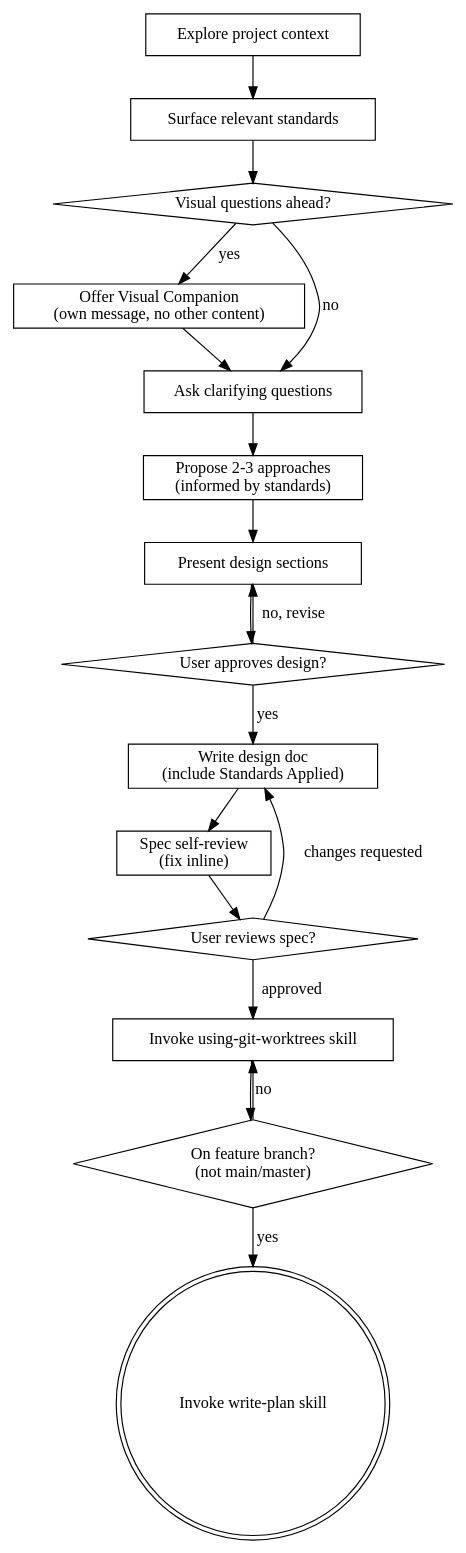
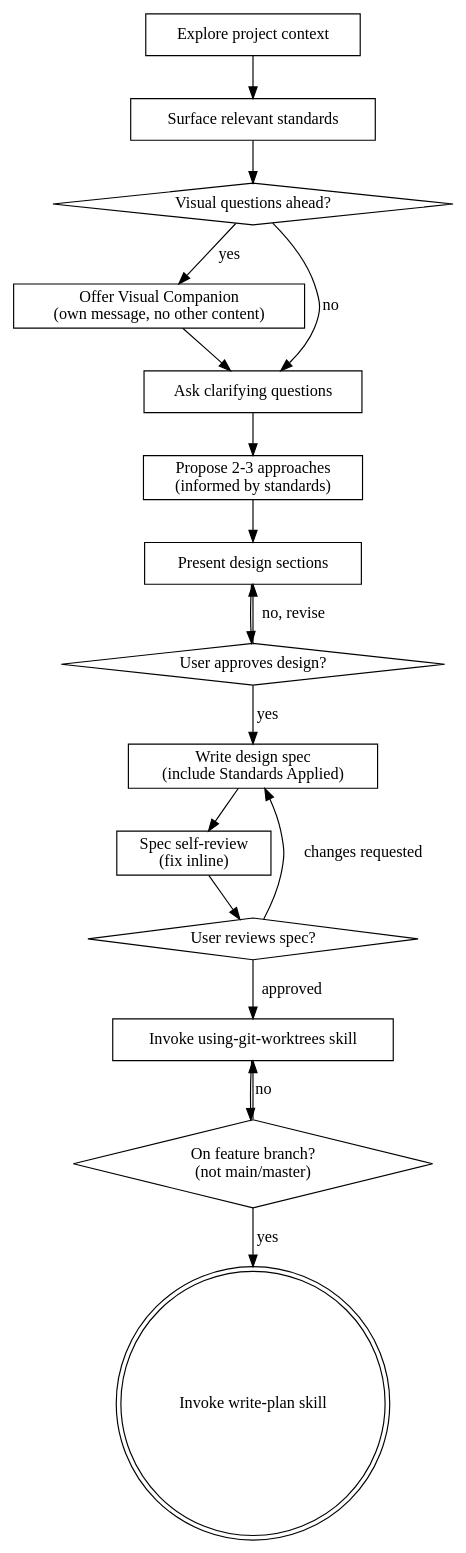
The diagram in skills/design-spec/SKILL.md (NyssaAI/product-planning), drawn with Graphviz before and after one commit. The commit also changed other lines of this file and 43 other files, not shown here.

````diff
--- a/skills/design-spec/SKILL.md
+++ b/skills/design-spec/SKILL.md
@@ -78,36 +78,36 @@
 ```dot
 digraph design_spec {
     "Explore project context" [shape=box];
     "Surface relevant standards" [shape=box];
     "Visual questions ahead?" [shape=diamond];
     "Offer Visual Companion\n(own message, no other content)" [shape=box];
     "Ask clarifying questions" [shape=box];
     "Propose 2-3 approaches\n(informed by standards)" [shape=box];
     "Present design sections" [shape=box];
     "User approves design?" [shape=diamond];
-    "Write design doc\n(include Standards Applied)" [shape=box];
+    "Write design spec\n(include Standards Applied)" [shape=box];
     "Spec self-review\n(fix inline)" [shape=box];
     "User reviews spec?" [shape=diamond];
     "Invoke using-git-worktrees skill" [shape=box];
     "On feature branch?\n(not main/master)" [shape=diamond];
     "Invoke write-plan skill" [shape=doublecircle];
 
     "Explore project context" -> "Surface relevant standards";
     "Surface relevant standards" -> "Visual questions ahead?";
     "Visual questions ahead?" -> "Offer Visual Companion\n(own message, no other content)" [label="yes"];
     "Visual questions ahead?" -> "Ask clarifying questions" [label="no"];
     "Offer Visual Companion\n(own message, no other content)" -> "Ask clarifying questions";
     "Ask clarifying questions" -> "Propose 2-3 approaches\n(informed by standards)";
     "Propose 2-3 approaches\n(informed by standards)" -> "Present design sections";
     "Present design sections" -> "User approves design?";
     "User approves design?" -> "Present design sections" [label="no, revise"];
-    "User approves design?" -> "Write design doc\n(include Standards Applied)" [label="yes"];
-    "Write design doc\n(include Standards Applied)" -> "Spec self-review\n(fix inline)";
+    "User approves design?" -> "Write design spec\n(include Standards Applied)" [label="yes"];
+    "Write design spec\n(include Standards Applied)" -> "Spec self-review\n(fix inline)";
     "Spec self-review\n(fix inline)" -> "User reviews spec?";
-    "User reviews spec?" -> "Write design doc\n(include Standards Applied)" [label="changes requested"];
+    "User reviews spec?" -> "Write design spec\n(include Standards Applied)" [label="changes requested"];
     "User reviews spec?" -> "Invoke using-git-worktrees skill" [label="approved"];
     "Invoke using-git-worktrees skill" -> "On feature branch?\n(not main/master)";
     "On feature branch?\n(not main/master)" -> "Invoke using-git-worktrees skill" [label="no"];
     "On feature branch?\n(not main/master)" -> "Invoke write-plan skill" [label="yes"];
 }
 ```
````
